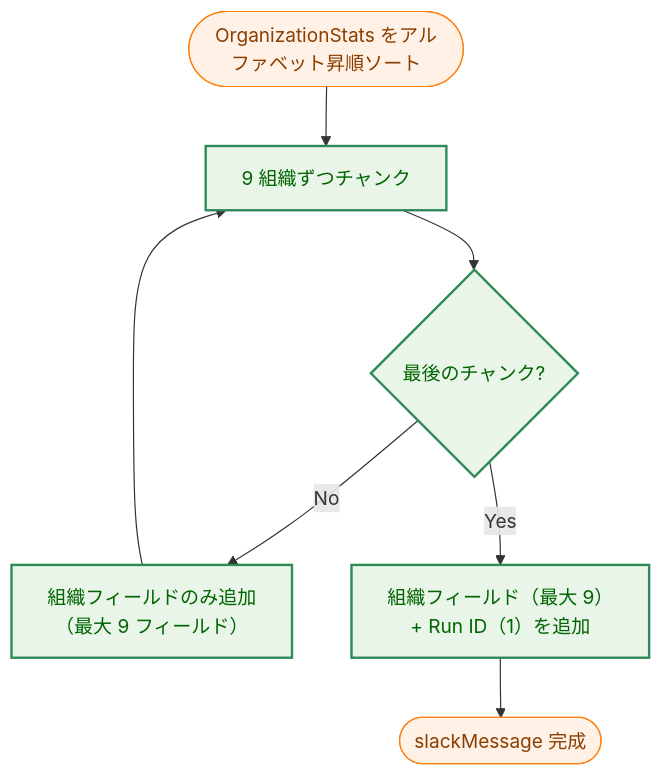
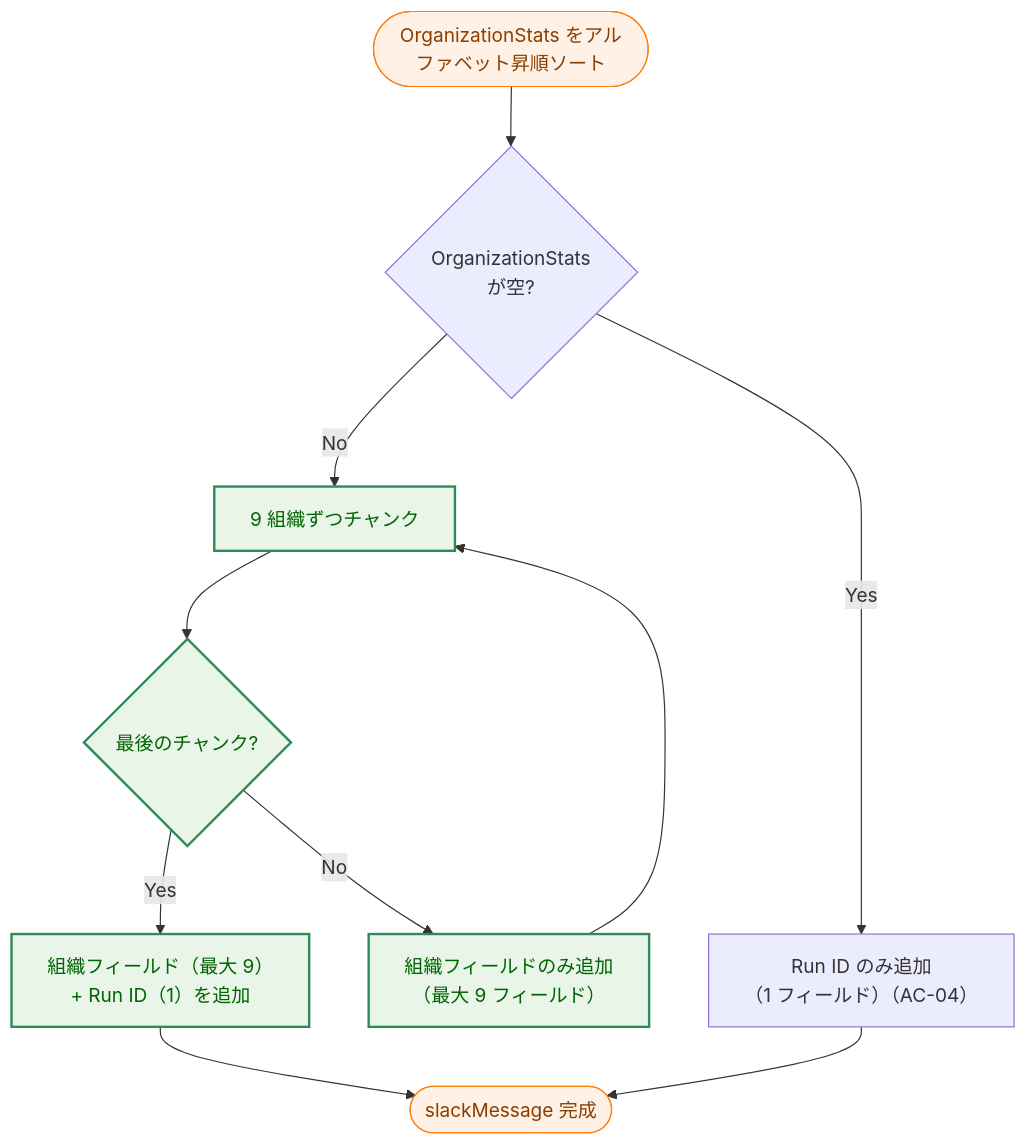
One commit to isseis/tlsrpt-digest changed the seventh of 7 diagrams in docs/tasks/0050_weekly_summary/02_architecture.md. Above: the diagram before and after it, drawn with Mermaid. The commit also changed other lines of this file, not shown here.

First line of the commit message:
docs(weekly-summary): fix architecture diagram and sequence diagram inaccuracies

````diff
--- a/docs/tasks/0050_weekly_summary/02_architecture.md
+++ b/docs/tasks/0050_weekly_summary/02_architecture.md
@@ -339,15 +339,18 @@
 ```mermaid
 flowchart TD
     classDef process fill:#fff1e6,stroke:#ff7f0e,stroke-width:1px,color:#8a3e00;
     classDef enhanced fill:#e8f5e8,stroke:#2e8b57,stroke-width:2px,color:#006400;
 
-    Start(["OrganizationStats をアルファベット昇順ソート"]) --> Loop["9 組織ずつチャンク"]
+    Start(["OrganizationStats をアルファベット昇順ソート"]) --> EmptyCheck{"OrganizationStats<br>が空?"}
+    EmptyCheck -->|"Yes"| AddRunIDOnly["Run ID のみ追加<br>（1 フィールド）（AC-04）"]
+    EmptyCheck -->|"No"| Loop["9 組織ずつチャンク"]
     Loop --> Chunk{"最後のチャンク?"}
     Chunk -->|"No"| AddOrgFields["組織フィールドのみ追加<br>（最大 9 フィールド）"]
     Chunk -->|"Yes"| AddOrgAndRunID["組織フィールド（最大 9）<br>+ Run ID（1）を追加"]
     AddOrgFields --> Loop
     AddOrgAndRunID --> End(["slackMessage 完成"])
+    AddRunIDOnly --> End
 
     class Start,End process
     class Loop,Chunk,AddOrgFields,AddOrgAndRunID enhanced
 ```
````
